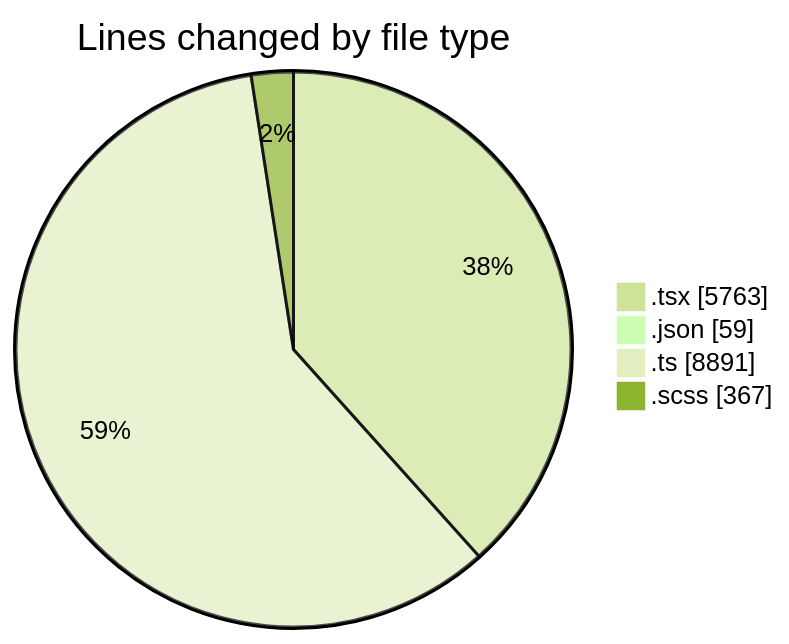
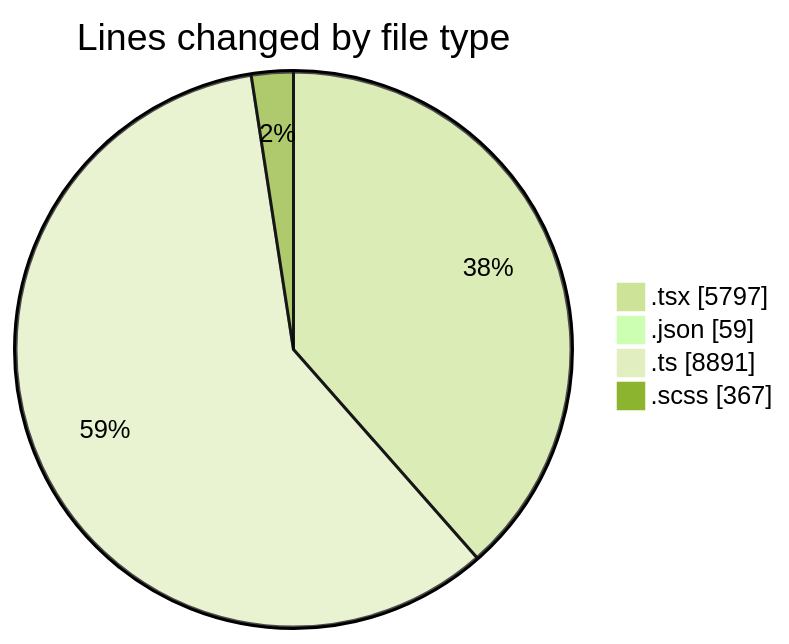
One commit to momahboobian/code-tracking changed the first of 2 diagrams in 2025-11-24/cda/README.md. Above: the diagram before and after it, drawn with Mermaid (forest theme). The commit also changed other lines of this file and 1 other file, not shown here.

````diff
--- a/2025-11-24/cda/README.md
+++ b/2025-11-24/cda/README.md
@@ -38,8 +38,8 @@
 ```mermaid
 pie showData
 title Lines changed by file type
-".tsx" : 5763
+".tsx" : 5797
 ".json" : 59
 ".ts" : 8891
 ".scss" : 367
 ```
````
